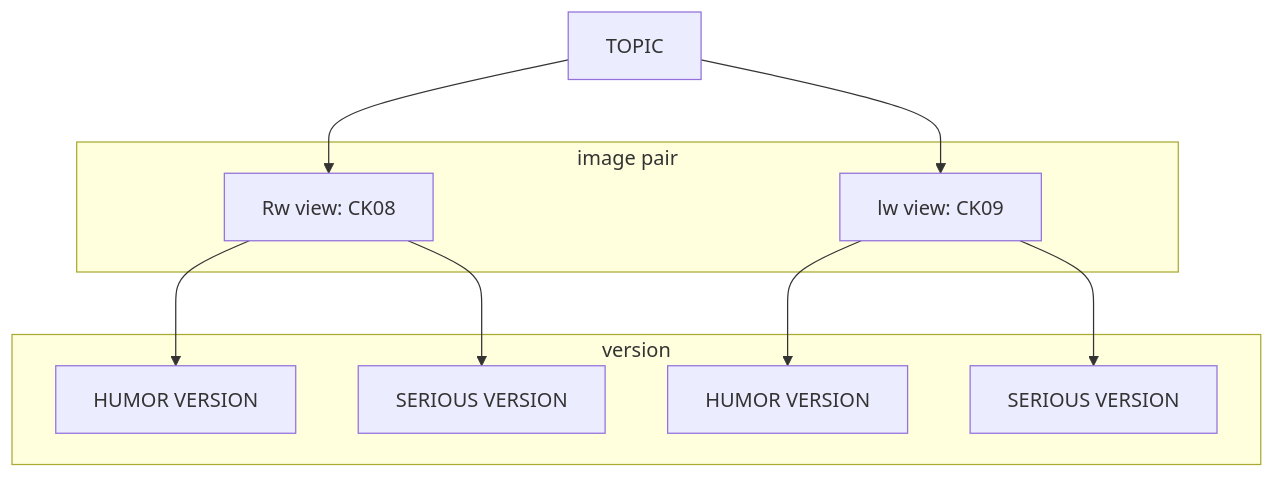
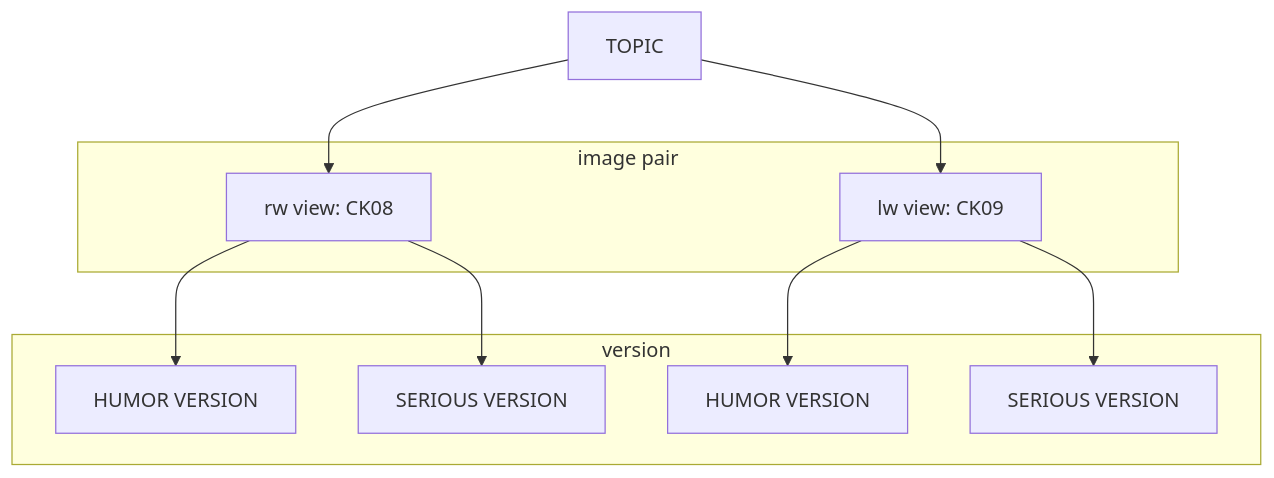
One commit to augusto-rp/p1_analysis changed the diagram in pilot_analysis/README.md. Above: the diagram before and after it, drawn with Mermaid. The commit also changed other lines of this file, not shown here.

````diff
--- a/pilot_analysis/README.md
+++ b/pilot_analysis/README.md
@@ -197,17 +197,17 @@
 ```mermaid
 graph TB
-1[TOPIC]-->2[Rw view: CK08] & 3[lw view: CK09]
+1[TOPIC]-->2[rw view: CK08] & 3[lw view: CK09]
 
 2-->H[HUMOR VERSION] & S[SERIOUS VERSION]
 3-->m[HUMOR VERSION] & n[SERIOUS VERSION]
 
 
 subgraph image pair
 2 & 3
 end
 
 subgraph version
 H & S & m & n
 end
 
 ```
````
